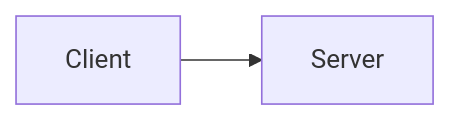
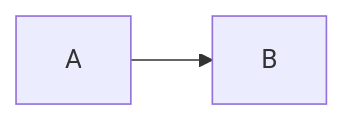
The diagram in APMS.SR/Readme.md (bluejals13/26-05adf), drawn with Mermaid before and after one commit.

````diff
--- a/APMS.SR/Readme.md
+++ b/APMS.SR/Readme.md
@@ -3,4 +3,4 @@
 ```mermaid
-flowchart LR
-    A[Client] --> B[Server]
+graph LR
+    A --> B
 ```
````
